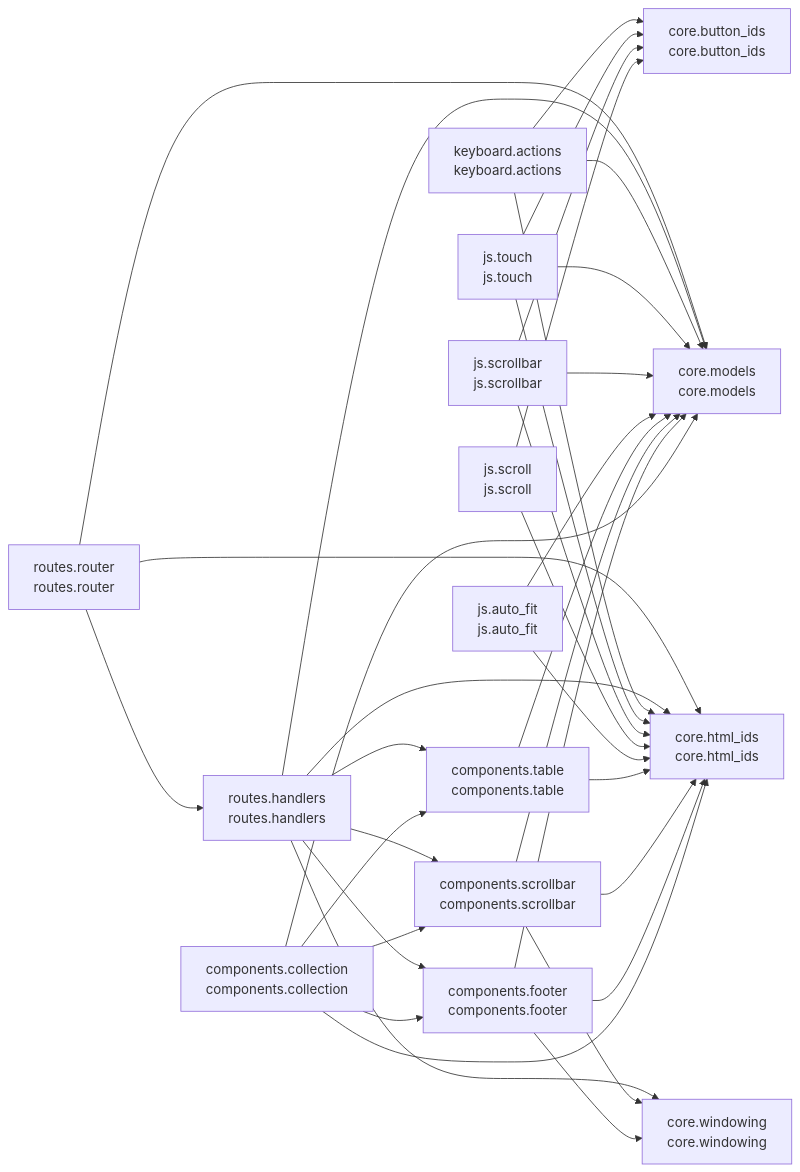
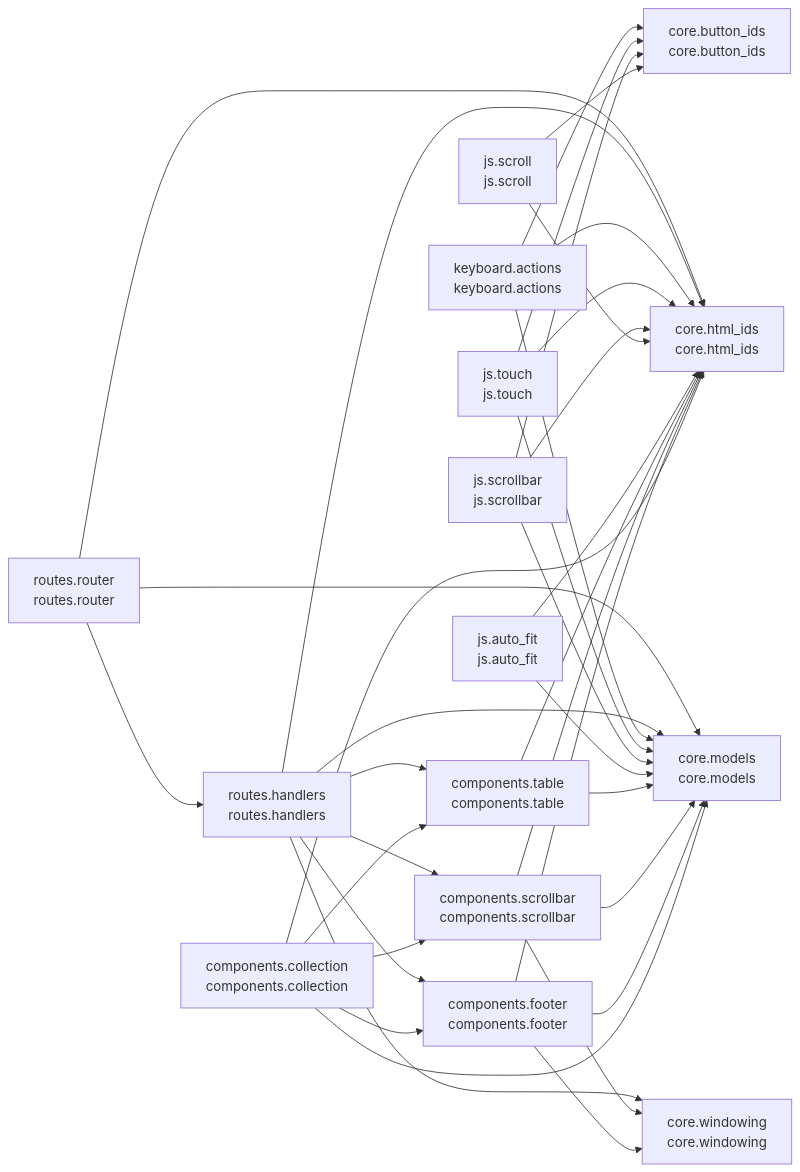
One commit to cj-mills/cjm-fasthtml-virtual-collection changed the diagram in README.md. Above: the diagram before and after it, drawn with Mermaid. The commit also changed other lines of this file and 3 other files, not shown here.

Commit message:
Use display:hidden for empty scrollbar state to prevent layout flash during rapid auto-fit OOB swaps.

````diff
--- a/README.md
+++ b/README.md
@@ -40,54 +40,54 @@
 ``` mermaid
 graph LR
     components_collection[components.collection<br/>components.collection]
     components_footer[components.footer<br/>components.footer]
     components_scrollbar[components.scrollbar<br/>components.scrollbar]
     components_table[components.table<br/>components.table]
     core_button_ids[core.button_ids<br/>core.button_ids]
     core_html_ids[core.html_ids<br/>core.html_ids]
     core_models[core.models<br/>core.models]
     core_windowing[core.windowing<br/>core.windowing]
     js_auto_fit[js.auto_fit<br/>js.auto_fit]
     js_scroll[js.scroll<br/>js.scroll]
     js_scrollbar[js.scrollbar<br/>js.scrollbar]
     js_touch[js.touch<br/>js.touch]
     keyboard_actions[keyboard.actions<br/>keyboard.actions]
     routes_handlers[routes.handlers<br/>routes.handlers]
     routes_router[routes.router<br/>routes.router]
 
-    components_collection --> core_models
     components_collection --> components_table
     components_collection --> components_footer
     components_collection --> core_html_ids
+    components_collection --> core_models
     components_collection --> components_scrollbar
+    components_footer --> core_windowing
     components_footer --> core_html_ids
     components_footer --> core_models
-    components_footer --> core_windowing
     components_scrollbar --> core_html_ids
+    components_scrollbar --> core_models
     components_scrollbar --> core_windowing
-    components_scrollbar --> core_models
+    components_table --> core_html_ids
     components_table --> core_models
-    components_table --> core_html_ids
+    js_auto_fit --> core_html_ids
     js_auto_fit --> core_models
-    js_auto_fit --> core_html_ids
+    js_scroll --> core_button_ids
     js_scroll --> core_html_ids
-    js_scroll --> core_button_ids
+    js_scrollbar --> core_button_ids
+    js_scrollbar --> core_html_ids
     js_scrollbar --> core_models
-    js_scrollbar --> core_html_ids
-    js_scrollbar --> core_button_ids
+    js_touch --> core_button_ids
+    js_touch --> core_html_ids
     js_touch --> core_models
-    js_touch --> core_html_ids
-    js_touch --> core_button_ids
+    keyboard_actions --> core_button_ids
+    keyboard_actions --> core_html_ids
     keyboard_actions --> core_models
-    keyboard_actions --> core_html_ids
-    keyboard_actions --> core_button_ids
-    routes_handlers --> core_models
     routes_handlers --> components_table
     routes_handlers --> core_windowing
     routes_handlers --> components_footer
     routes_handlers --> core_html_ids
+    routes_handlers --> core_models
     routes_handlers --> components_scrollbar
-    routes_router --> core_models
     routes_router --> routes_handlers
     routes_router --> core_html_ids
+    routes_router --> core_models
 ```
````
